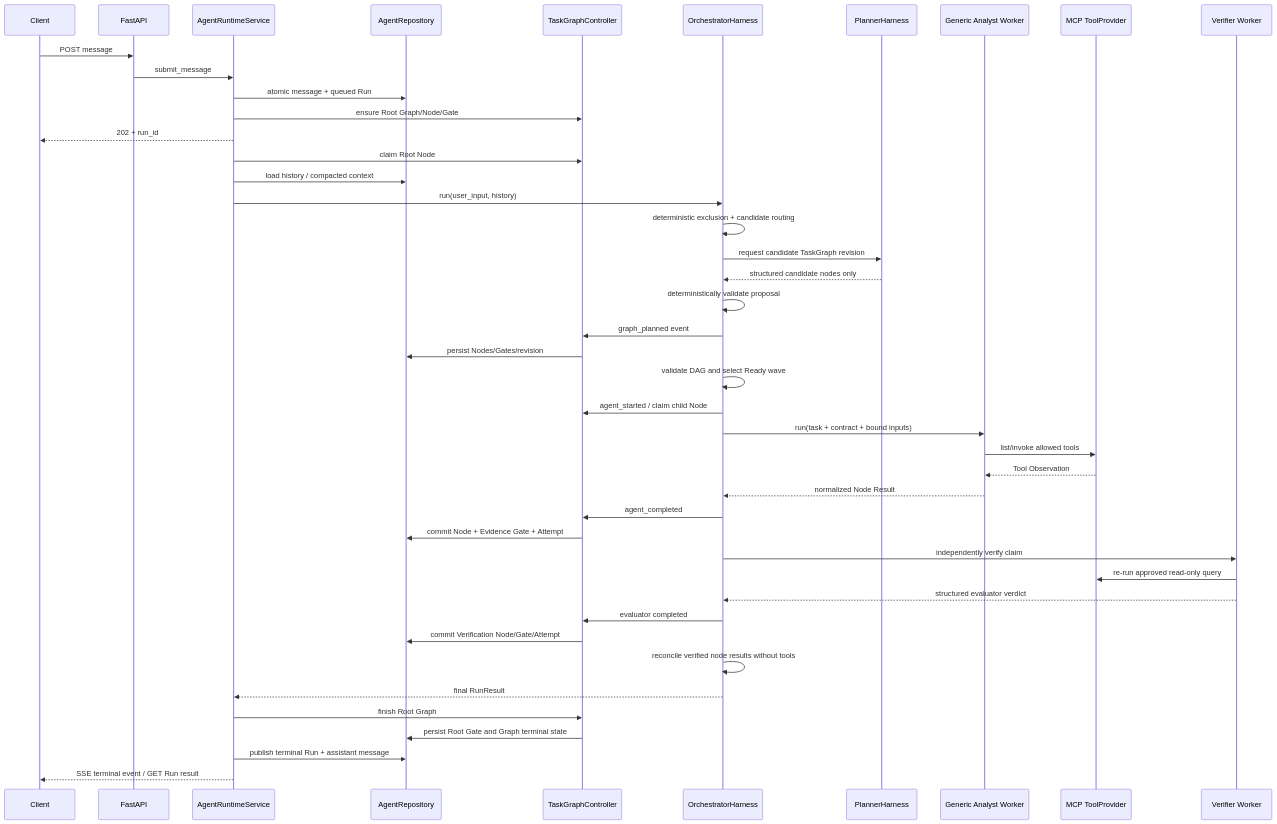
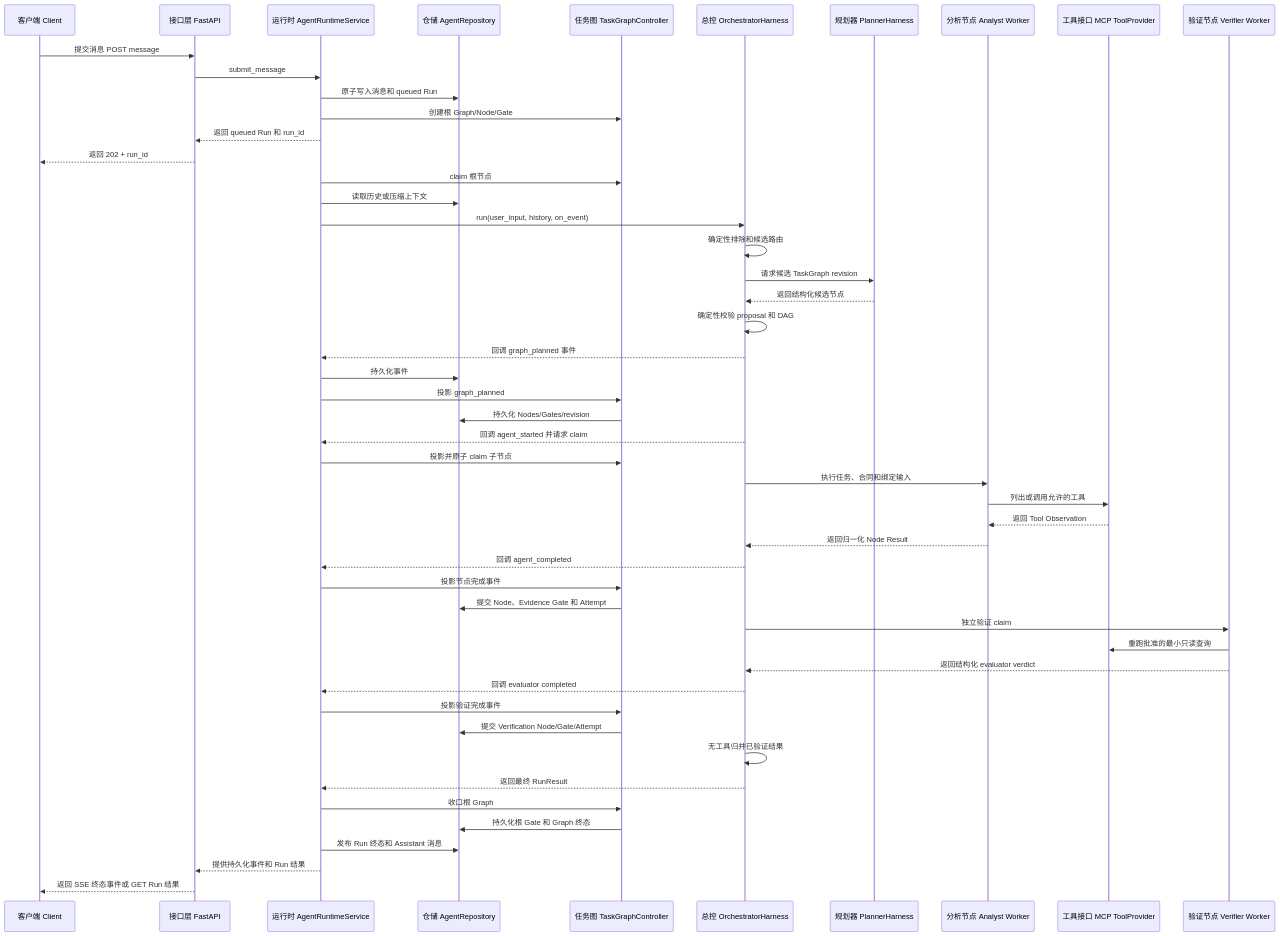
One commit to KawhiWei/nino-agent changed the second of 2 diagrams in doc/task-level-harness-design.md. Above: the diagram before and after it, drawn with Mermaid. The commit also changed other lines of this file and 23 other files, not shown here.

````diff
--- a/doc/task-level-harness-design.md
+++ b/doc/task-level-harness-design.md
@@ -227,47 +234,53 @@
 ```mermaid
 sequenceDiagram
-    participant C as Client
-    participant A as FastAPI
-    participant R as AgentRuntimeService
-    participant DB as AgentRepository
-    participant G as TaskGraphController
-    participant O as OrchestratorHarness
-    participant P as PlannerHarness
-    participant W as Generic Analyst Worker
-    participant T as MCP ToolProvider
-    participant V as Verifier Worker
+    participant C as 客户端 Client
+    participant A as 接口层 FastAPI
+    participant R as 运行时 AgentRuntimeService
+    participant DB as 仓储 AgentRepository
+    participant G as 任务图 TaskGraphController
+    participant O as 总控 OrchestratorHarness
+    participant P as 规划器 PlannerHarness
+    participant W as 分析节点 Analyst Worker
+    participant T as 工具接口 MCP ToolProvider
+    participant V as 验证节点 Verifier Worker
 
-    C->>A: POST message
+    C->>A: 提交消息 POST message
     A->>R: submit_message
-    R->>DB: atomic message + queued Run
-    R->>G: ensure Root Graph/Node/Gate
-    R-->>C: 202 + run_id
-    R->>G: claim Root Node
-    R->>DB: load history / compacted context
-    R->>O: run(user_input, history)
-    O->>O: deterministic exclusion + candidate routing
-    O->>P: request candidate TaskGraph revision
-    P-->>O: structured candidate nodes only
-    O->>O: deterministically validate proposal
-    O->>G: graph_planned event
-    G->>DB: persist Nodes/Gates/revision
-    O->>O: validate DAG and select Ready wave
-    O->>G: agent_started / claim child Node
-    O->>W: run(task + contract + bound inputs)
-    W->>T: list/invoke allowed tools
-    T-->>W: Tool Observation
-    W-->>O: normalized Node Result
-    O->>G: agent_completed
-    G->>DB: commit Node + Evidence Gate + Attempt
-    O->>V: independently verify claim
-    V->>T: re-run approved read-only query
-    V-->>O: structured evaluator verdict
-    O->>G: evaluator completed
-    G->>DB: commit Verification Node/Gate/Attempt
-    O->>O: reconcile verified node results without tools
-    O-->>R: final RunResult
-    R->>G: finish Root Graph
-    G->>DB: persist Root Gate and Graph terminal state
-    R->>DB: publish terminal Run + assistant message
-    R-->>C: SSE terminal event / GET Run result
+    R->>DB: 原子写入消息和 queued Run
+    R->>G: 创建根 Graph/Node/Gate
+    R-->>A: 返回 queued Run 和 run_id
+    A-->>C: 返回 202 + run_id
+    R->>G: claim 根节点
+    R->>DB: 读取历史或压缩上下文
+    R->>O: run(user_input, history, on_event)
+    O->>O: 确定性排除和候选路由
+    O->>P: 请求候选 TaskGraph revision
+    P-->>O: 返回结构化候选节点
+    O->>O: 确定性校验 proposal 和 DAG
+    O-->>R: 回调 graph_planned 事件
+    R->>DB: 持久化事件
+    R->>G: 投影 graph_planned
+    G->>DB: 持久化 Nodes/Gates/revision
+    O-->>R: 回调 agent_started 并请求 claim
+    R->>G: 投影并原子 claim 子节点
+    O->>W: 执行任务、合同和绑定输入
+    W->>T: 列出或调用允许的工具
+    T-->>W: 返回 Tool Observation
+    W-->>O: 返回归一化 Node Result
+    O-->>R: 回调 agent_completed
+    R->>G: 投影节点完成事件
+    G->>DB: 提交 Node、Evidence Gate 和 Attempt
+    O->>V: 独立验证 claim
+    V->>T: 重跑批准的最小只读查询
+    V-->>O: 返回结构化 evaluator verdict
+    O-->>R: 回调 evaluator completed
+    R->>G: 投影验证完成事件
+    G->>DB: 提交 Verification Node/Gate/Attempt
+    O->>O: 无工具归并已验证结果
+    O-->>R: 返回最终 RunResult
+    R->>G: 收口根 Graph
+    G->>DB: 持久化根 Gate 和 Graph 终态
+    R->>DB: 发布 Run 终态和 Assistant 消息
+    R-->>A: 提供持久化事件和 Run 结果
+    A-->>C: 返回 SSE 终态事件或 GET Run 结果
 ```
````
